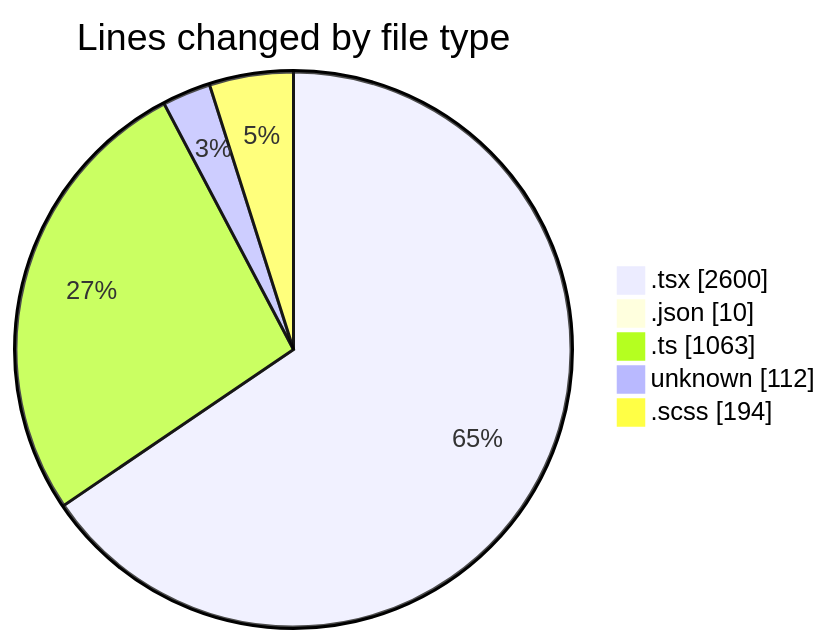
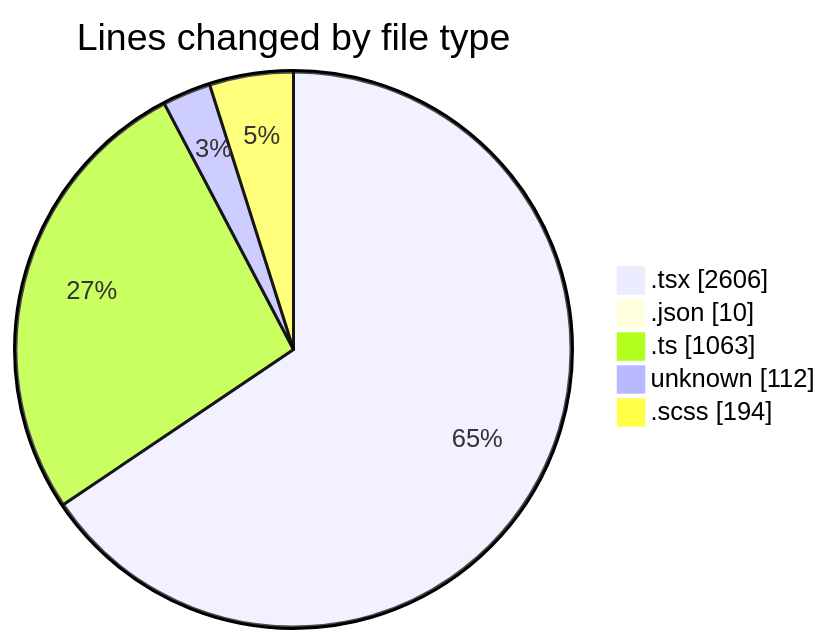
The first of 2 diagrams in 2026-04-30/cda/README.md (momahboobian/code-tracking), drawn with Mermaid before and after one commit. The commit also changed other lines of this file and 1 other file, not shown here.

````diff
--- a/2026-04-30/cda/README.md
+++ b/2026-04-30/cda/README.md
@@ -53,9 +53,9 @@
 ```mermaid
 pie showData
 title Lines changed by file type
-".tsx" : 2600
+".tsx" : 2606
 ".json" : 10
 ".ts" : 1063
 "unknown" : 112
 ".scss" : 194
 ```
````
